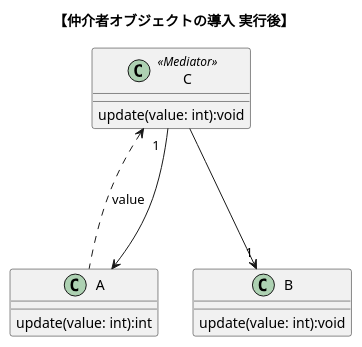
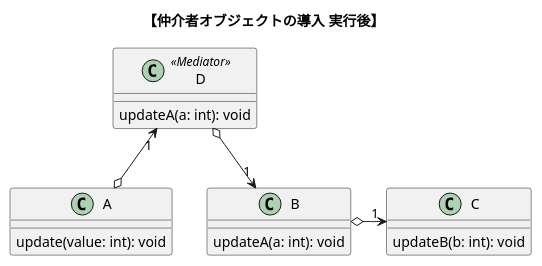
Before and after one commit to nitta-lab/TwoStagesModelingExperiments: the diagram in puml/classes/after_introduce_mediator.puml, drawn with PlantUML. The commit also changed 7 other files, not shown here.

```diff
--- a/puml/classes/after_introduce_mediator.puml
+++ b/puml/classes/after_introduce_mediator.puml
@@ -1,19 +1,25 @@
 @startuml map_class_push_CFD
 title "【仲介者オブジェクトの導入 実行後】"
 
-class "A"{
-    update(value: int):int
-}
-class "B"{
-    update(value: int):void
+together {
+    class "A"{
+        update(value: int): void
+    }
+    class "B"{
+        updateA(a: int): void
+    }
 }
 
-class "C"<<Mediator>>{
-    update(value: int):void
+class "C"{
+    updateB(b: int): void
 }
 
-"C" <... "A" : value
-"C" "1  " ---> "A" 
-"C" ---> "1" "B"
+class "D"<<Mediator>>{
+    updateA(a: int): void
+}
+
+"A" o-up-> "1" "D"
+"D" o-down-> "1" "B"
+"B" o-right-> "1" "C"
 
 @enduml
```
